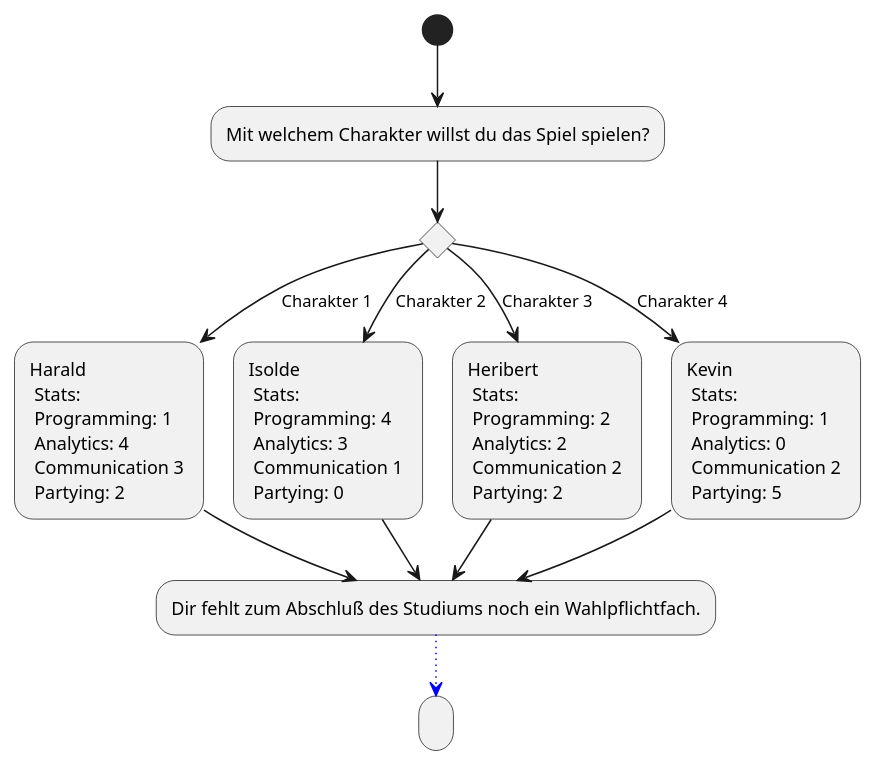
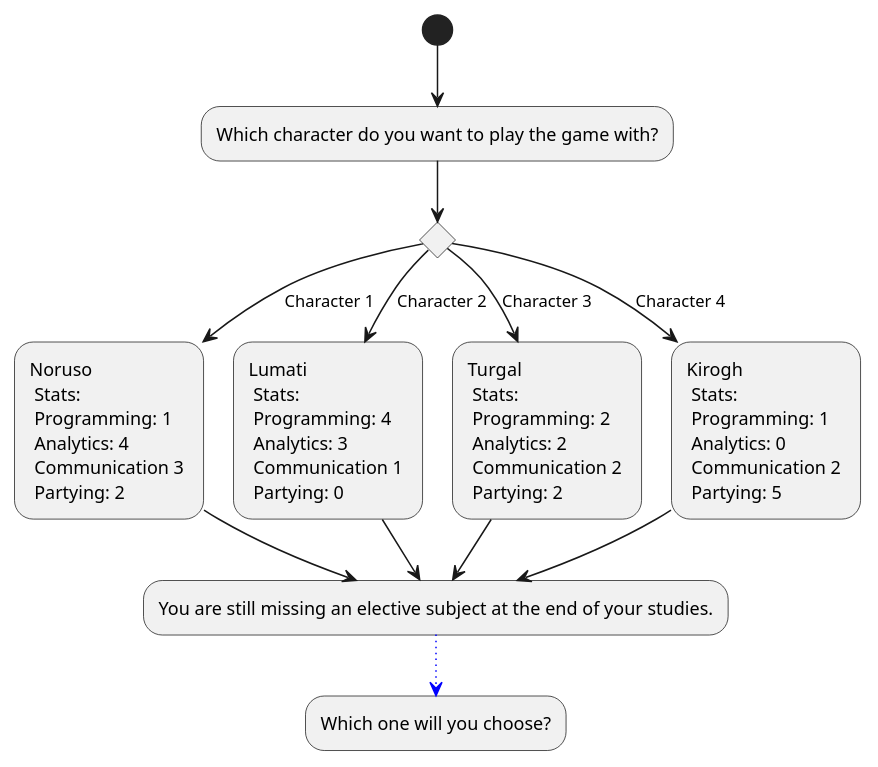
One commit to Brotenko/QualityQuest changed the diagram in Docs/Technical Specifications/docs/diagrams/StoryFlow/StoryFlow_Decision_1.puml. Above: the diagram before and after it, drawn with PlantUML. The commit also changed 14 other files, not shown here.

```diff
--- a/Docs/Technical Specifications/docs/diagrams/StoryFlow/StoryFlow_Decision_1.puml
+++ b/Docs/Technical Specifications/docs/diagrams/StoryFlow/StoryFlow_Decision_1.puml
@@ -1,19 +1,19 @@
 @startuml
-(*) --> "Mit welchem Charakter willst du das Spiel spielen?"
+(*) --> "Which character do you want to play the game with?"
 if "" then
---> [Charakter 1] "Harald \n Stats:\n Programming: 1 \n Analytics: 4\n Communication 3 \n Partying: 2" as char1
+--> [Character 1] "Noruso \n Stats:\n Programming: 1 \n Analytics: 4\n Communication 3 \n Partying: 2" as char1
 else
---> [Charakter 2] "Isolde \n Stats:\n Programming: 4 \n Analytics: 3\n Communication 1 \n Partying: 0" as char2
+--> [Character 2] "Lumati \n Stats:\n Programming: 4 \n Analytics: 3\n Communication 1 \n Partying: 0" as char2
 else
---> [Charakter 3] "Heribert \n Stats:\n Programming: 2 \n Analytics: 2\n Communication 2 \n Partying: 2" as char3
+--> [Character 3] "Turgal \n Stats:\n Programming: 2 \n Analytics: 2\n Communication 2 \n Partying: 2" as char3
 else
---> [Charakter 4] "Kevin \n Stats:\n Programming: 1 \n Analytics: 0\n Communication 2 \n Partying: 5" as char4
+--> [Character 4] "Kirogh \n Stats:\n Programming: 1 \n Analytics: 0\n Communication 2 \n Partying: 5" as char4
 
 
---> "Dir fehlt zum Abschluß des Studiums noch ein Wahlpflichtfach." as a
+--> "You are still missing an elective subject at the end of your studies." as a
 char1 --> a
 char2 --> a
 char3 --> a
 
-a-[#blue,dotted]-> " "
+a-[#blue,dotted]-> "Which one will you choose?"
 @enduml
```
